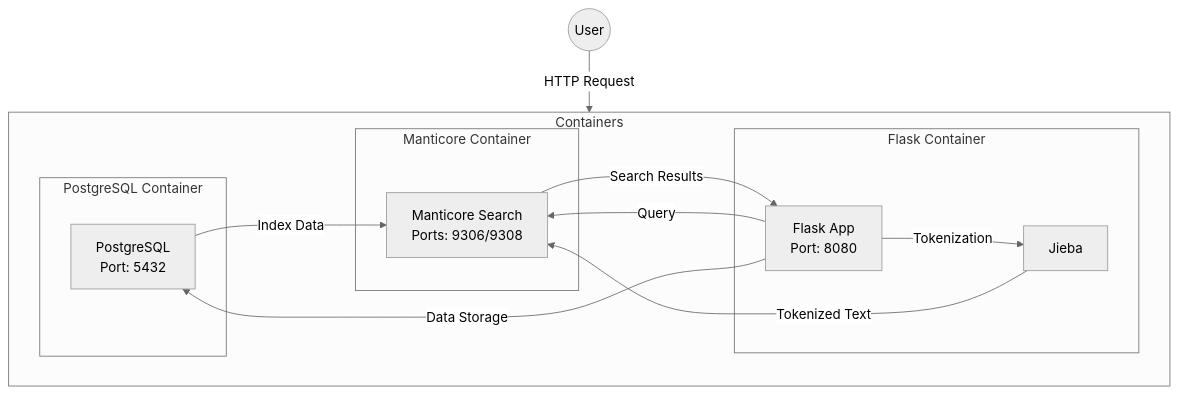
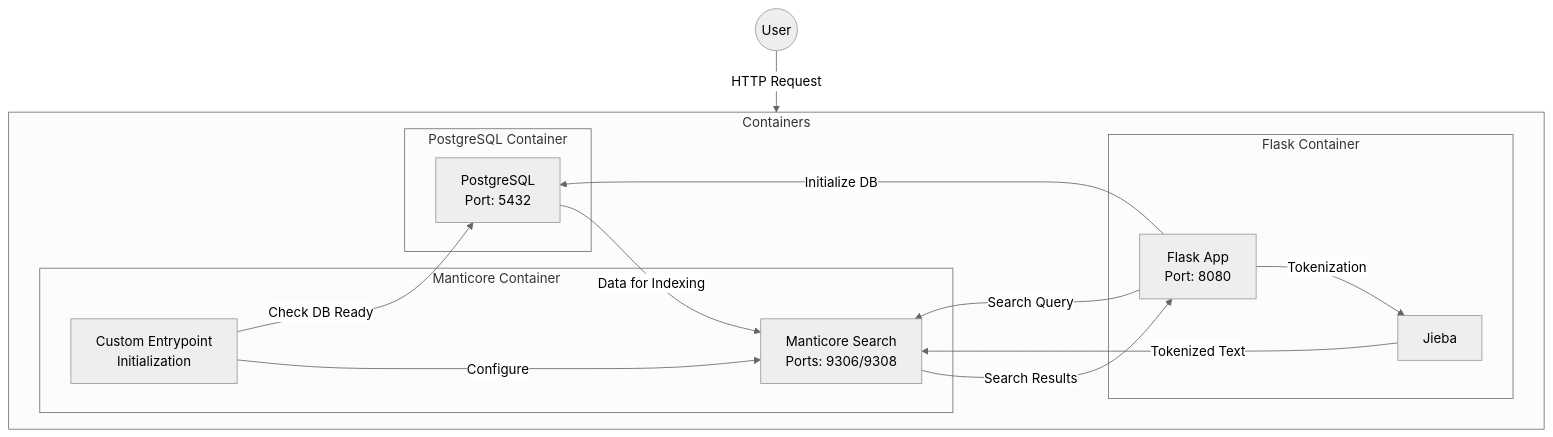
Before and after one commit to liweinan/manticoresearch-example: the diagram in README.md, drawn with Mermaid (neutral theme).

Commit message:
Fix arrow directions in architecture diagram for accurate data flow representation

````diff
--- a/README.md
+++ b/README.md
@@ -7,28 +7,31 @@
 ```mermaid
 graph TD
     Client((User)) --> |HTTP Request| Flask
 
     subgraph Containers
         direction LR
         subgraph Flask Container
             Flask[Flask App<br>Port: 8080]
             Jieba[Jieba]
             Flask --> |Tokenization| Jieba
         end
 
         subgraph Manticore Container
+            Entrypoint[Custom Entrypoint<br>Initialization]
             Manticore[Manticore Search<br>Ports: 9306/9308]
+            Entrypoint --> |Configure| Manticore
         end
 
         subgraph PostgreSQL Container
             PostgreSQL[PostgreSQL<br>Port: 5432]
         end
     end
 
     %% Data Flow
-    Flask --> |Query| Manticore
-    Flask --> |Data Storage| PostgreSQL
+    Flask --> |Initialize DB| PostgreSQL
+    Flask --> |Search Query| Manticore
     Jieba --> |Tokenized Text| Manticore
-    PostgreSQL --> |Index Data| Manticore
+    Entrypoint --> |Check DB Ready| PostgreSQL
+    PostgreSQL --> |Data for Indexing| Manticore
     Manticore --> |Search Results| Flask
 ```
````
